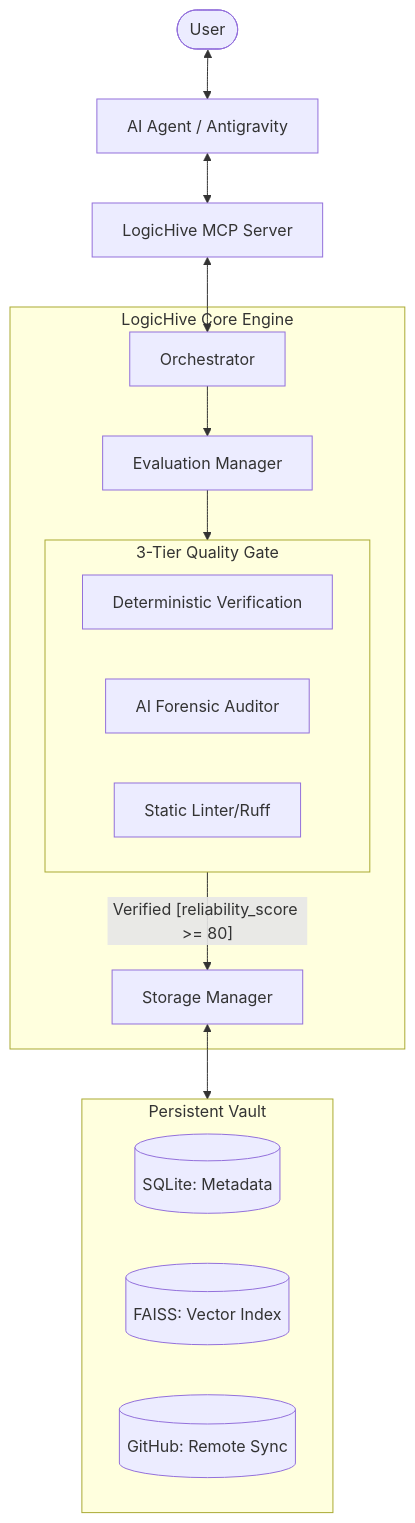
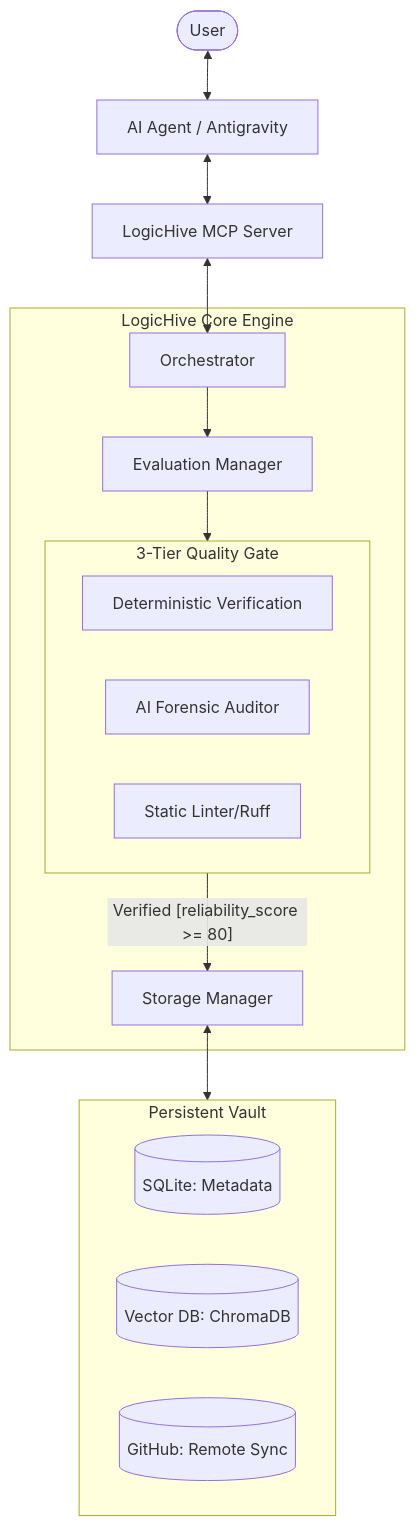
The diagram in docs/architecture.md (Ayato-AI-for-Auto/LogicHive), drawn with Mermaid before and after one commit. The commit also changed other lines of this file and 17 other files, not shown here.

````diff
--- a/docs/architecture.md
+++ b/docs/architecture.md
@@ -32,29 +37,29 @@
 ```mermaid
 graph TD
     User([User]) <--> Agent[AI Agent / Antigravity]
     Agent <--> MCP[LogicHive MCP Server]
     
     subgraph Core ["LogicHive Core Engine"]
         Orchestrator[Orchestrator]
         EvalManager[Evaluation Manager]
         Storage[Storage Manager]
         
         subgraph Gate ["3-Tier Quality Gate"]
             DetLayer[Deterministic Verification]
             AILayer[AI Forensic Auditor]
             StaticLayer[Static Linter/Ruff]
         end
     end
     
     subgraph Persistence ["Persistent Vault"]
         Sqlite[(SQLite: Metadata)]
-        Faiss[(FAISS: Vector Index)]
+        VectorDB[(Vector DB: ChromaDB)]
         GitHub[(GitHub: Remote Sync)]
     end
 
     MCP <--> Orchestrator
     Orchestrator --> EvalManager
     EvalManager --> Gate
     Gate -- "Verified [reliability_score >= 80]" --> Storage
     Storage <--> Persistence
 ```
````
